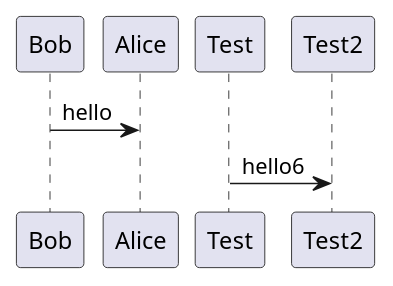
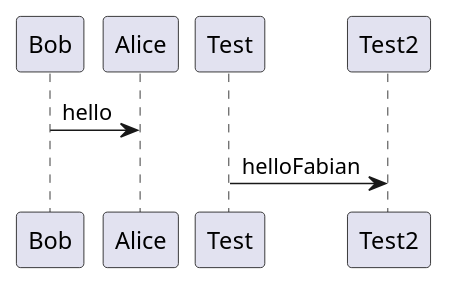
Before and after one commit to falarcond/plantuml: the diagram in diagrams/first.puml, drawn with PlantUML.

```diff
--- a/diagrams/first.puml
+++ b/diagrams/first.puml
@@ -1,4 +1,4 @@
 @startuml
 Bob -> Alice : hello
-Test -> Test2 : hello6
+Test -> Test2 : helloFabian
 @enduml
```
